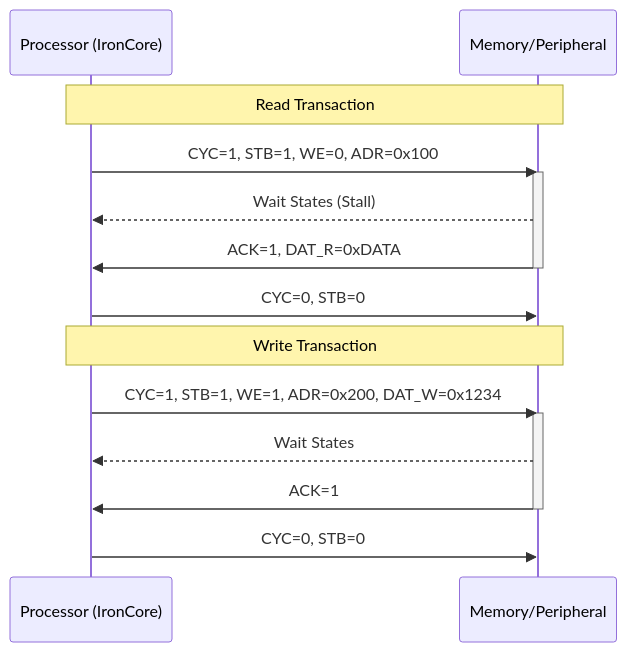
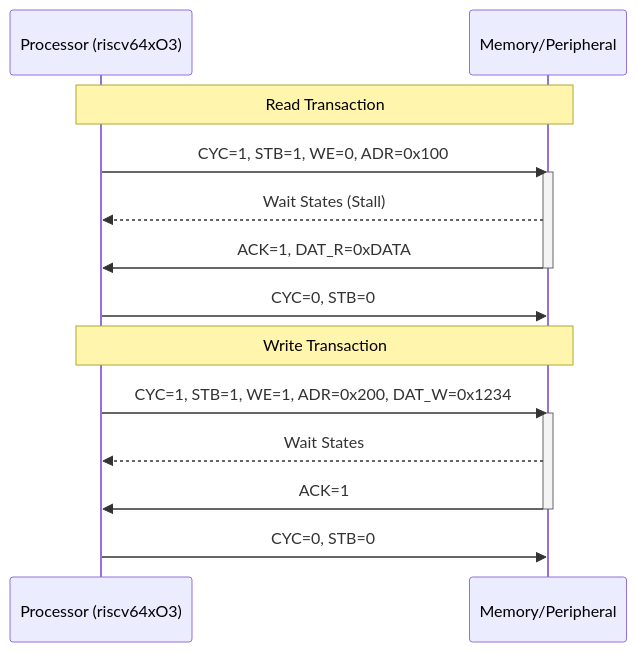
The diagram in media/bus_timing.mermaid (tmarhguy/riscv), drawn with Mermaid before and after one commit. The commit also changed 1 other file, not shown here.

Commit message:
docs: update changelog and bus timing diagram

```diff
--- a/media/bus_timing.mermaid
+++ b/media/bus_timing.mermaid
@@ -1,19 +1,19 @@
 sequenceDiagram
-    participant Master as Processor (IronCore)
+    participant Master as Processor (riscv64xO3)
     participant Slave as Memory/Peripheral
 
     Note over Master, Slave: Read Transaction
     Master->>Slave: CYC=1, STB=1, WE=0, ADR=0x100
     activate Slave
     Slave-->>Master: Wait States (Stall)
     Slave->>Master: ACK=1, DAT_R=0xDATA
     deactivate Slave
     Master->>Slave: CYC=0, STB=0
 
     Note over Master, Slave: Write Transaction
     Master->>Slave: CYC=1, STB=1, WE=1, ADR=0x200, DAT_W=0x1234
     activate Slave
     Slave-->>Master: Wait States
     Slave->>Master: ACK=1
     deactivate Slave
     Master->>Slave: CYC=0, STB=0
```
